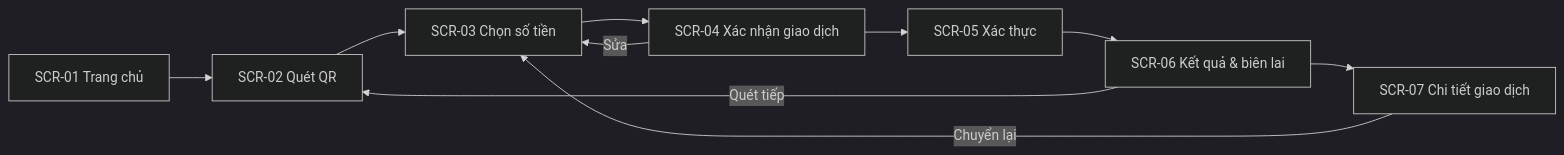
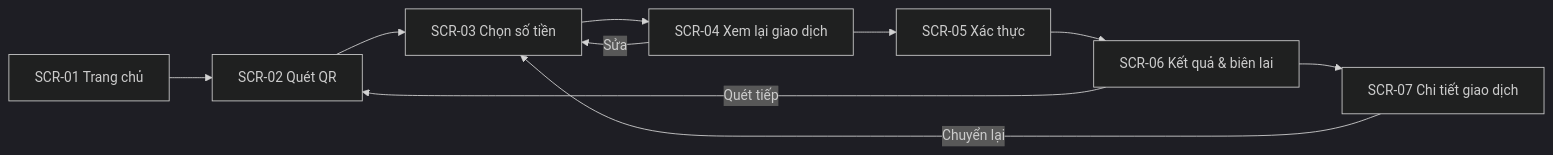
Before and after one commit to uxfoundation-vn/de04-chuyen-khoan-qr: the third of 3 diagrams in README.md, drawn with Mermaid (dark theme). The commit also changed other lines of this file and 2 other files, not shown here.

First line of the commit message:
Đề 4: bấm Xác nhận ở màn chọn số tiền rồi mới xem lại giao dịch

````diff
--- a/README.md
+++ b/README.md
@@ -62,12 +62,12 @@
 ```mermaid
 flowchart LR
   S01["SCR-01 Trang chủ"] --> S02["SCR-02 Quét QR"]
   S02 --> S03["SCR-03 Chọn số tiền"]
-  S03 --> S04["SCR-04 Xác nhận giao dịch"]
+  S03 --> S04["SCR-04 Xem lại giao dịch"]
   S04 -->|Sửa| S03
   S04 --> S05["SCR-05 Xác thực"]
   S05 --> S06["SCR-06 Kết quả & biên lai"]
   S06 -->|Quét tiếp| S02
   S06 --> S07["SCR-07 Chi tiết giao dịch"]
   S07 -->|Chuyển lại| S03
 ```
````
